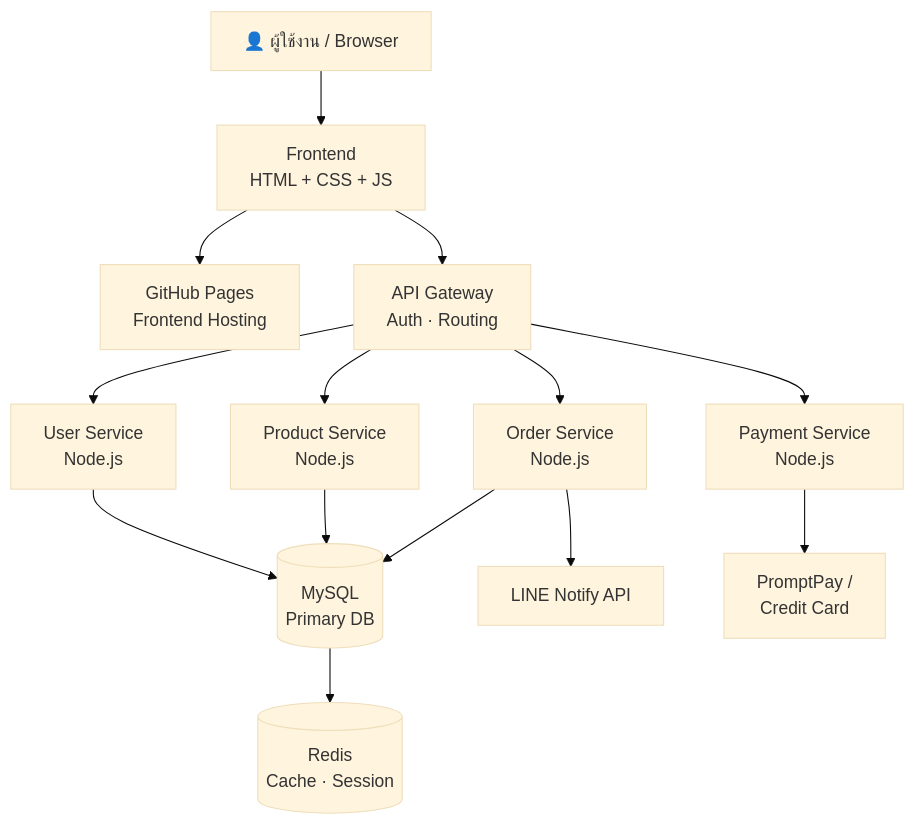
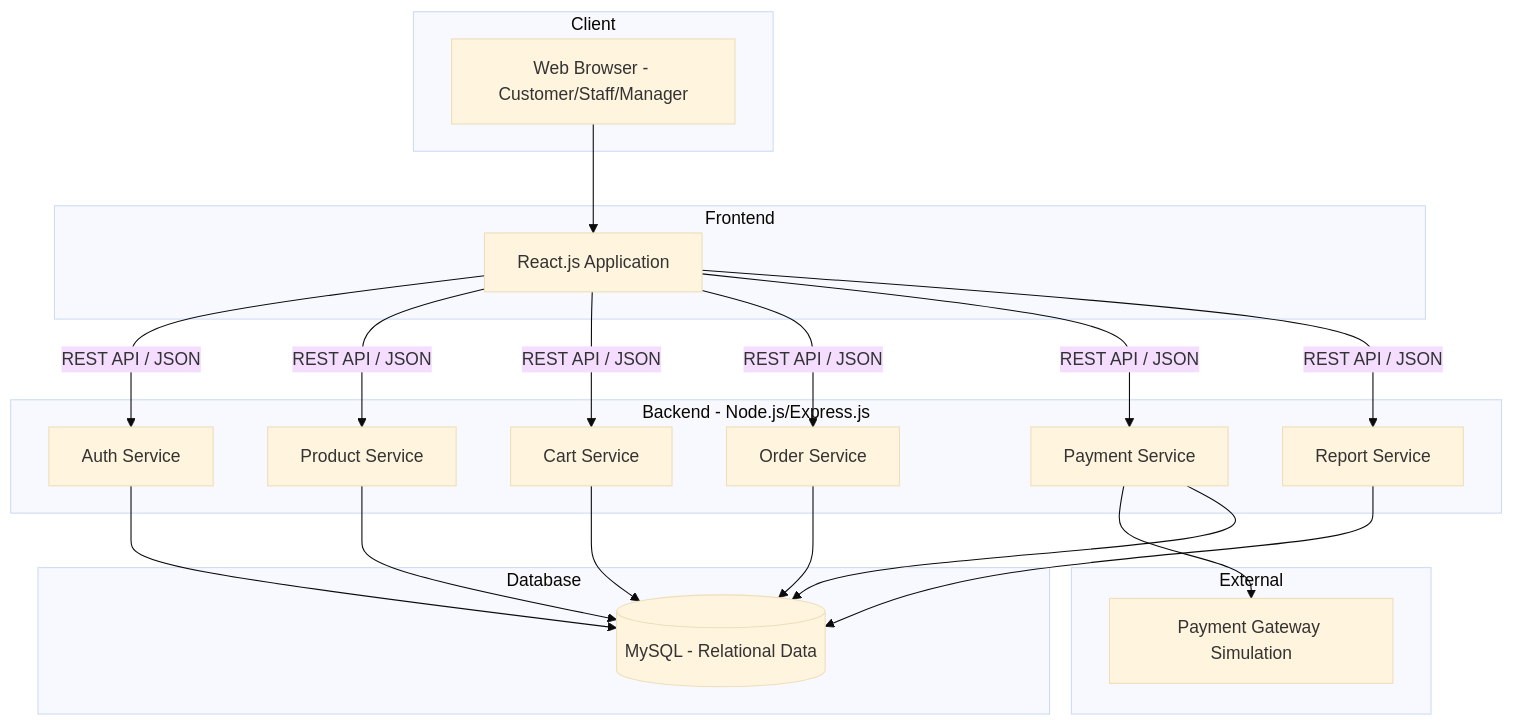
The sixth of 8 diagrams in README.md (bedyner/skincare-ecommerce), drawn with Mermaid (base theme) before and after one commit. The commit also changed other lines of this file, not shown here.

````diff
--- a/README.md
+++ b/README.md
@@ -36,16 +419,43 @@
 ```mermaid
-graph TD
-    A[👤 ผู้ใช้งาน / Browser] --> B[Frontend\nHTML + CSS + JS]
-    B --> C[GitHub Pages\nFrontend Hosting]
-    B --> D[API Gateway\nAuth · Routing]
-    D --> E[User Service\nNode.js]
-    D --> F[Product Service\nNode.js]
-    D --> G[Order Service\nNode.js]
-    D --> H[Payment Service\nNode.js]
-    E --> I[(MySQL\nPrimary DB)]
-    F --> I
-    G --> I
-    H --> J[PromptPay /\nCredit Card]
-    G --> K[LINE Notify API]
-    I --> L[(Redis\nCache · Session)]
+graph TB
+    subgraph Client
+        Browser[Web Browser - Customer/Staff/Manager]
+    end
+
+    subgraph Frontend
+        ReactApp[React.js Application]
+    end
+
+    subgraph Backend - Node.js/Express.js
+        AuthAPI[Auth Service]
+        ProductAPI[Product Service]
+        CartAPI[Cart Service]
+        OrderAPI[Order Service]
+        PaymentAPI[Payment Service]
+        ReportAPI[Report Service]
+    end
+
+    subgraph Database
+        MySQL[(MySQL - Relational Data)]
+    end
+
+    subgraph External
+        PaymentGateway[Payment Gateway Simulation]
+    end
+
+    Browser --> ReactApp
+    ReactApp -->|REST API / JSON| AuthAPI
+    ReactApp -->|REST API / JSON| ProductAPI
+    ReactApp -->|REST API / JSON| CartAPI
+    ReactApp -->|REST API / JSON| OrderAPI
+    ReactApp -->|REST API / JSON| PaymentAPI
+    ReactApp -->|REST API / JSON| ReportAPI
+
+    AuthAPI --> MySQL
+    ProductAPI --> MySQL
+    CartAPI --> MySQL
+    OrderAPI --> MySQL
+    ReportAPI --> MySQL
+    PaymentAPI --> PaymentGateway
+    PaymentAPI --> MySQL
 ```
````
